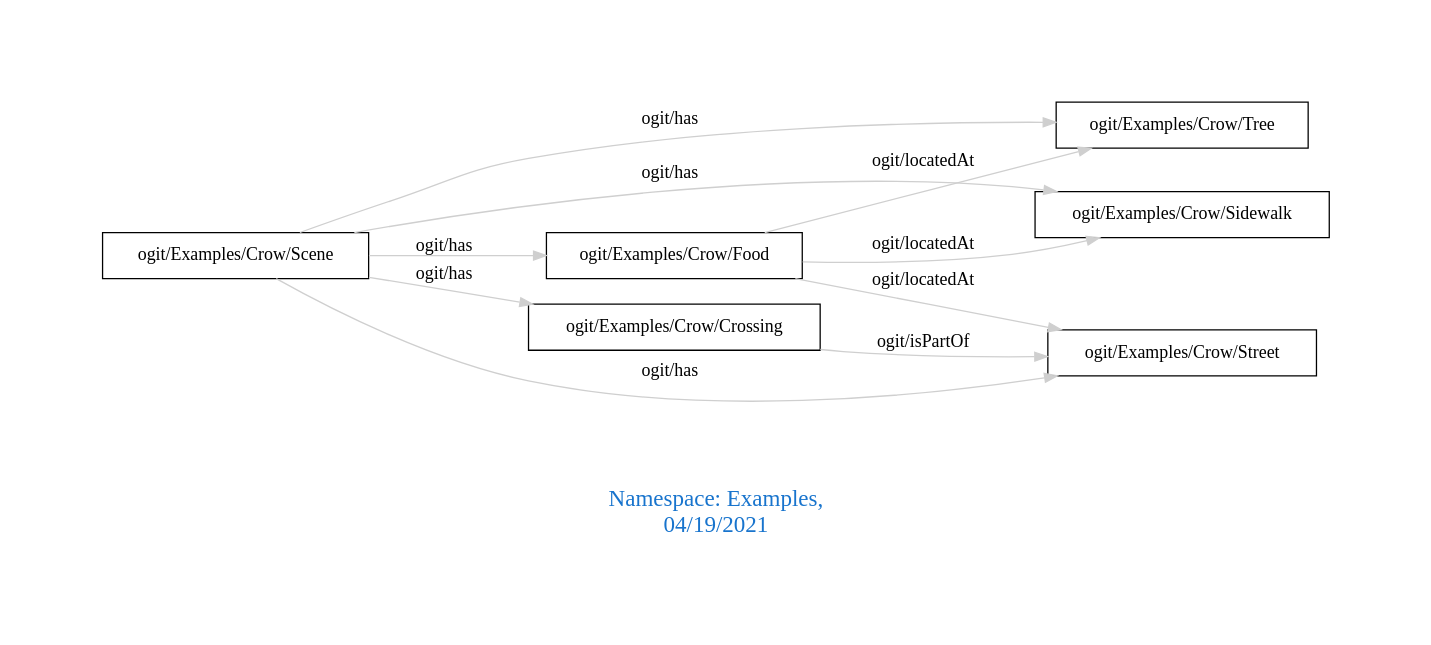
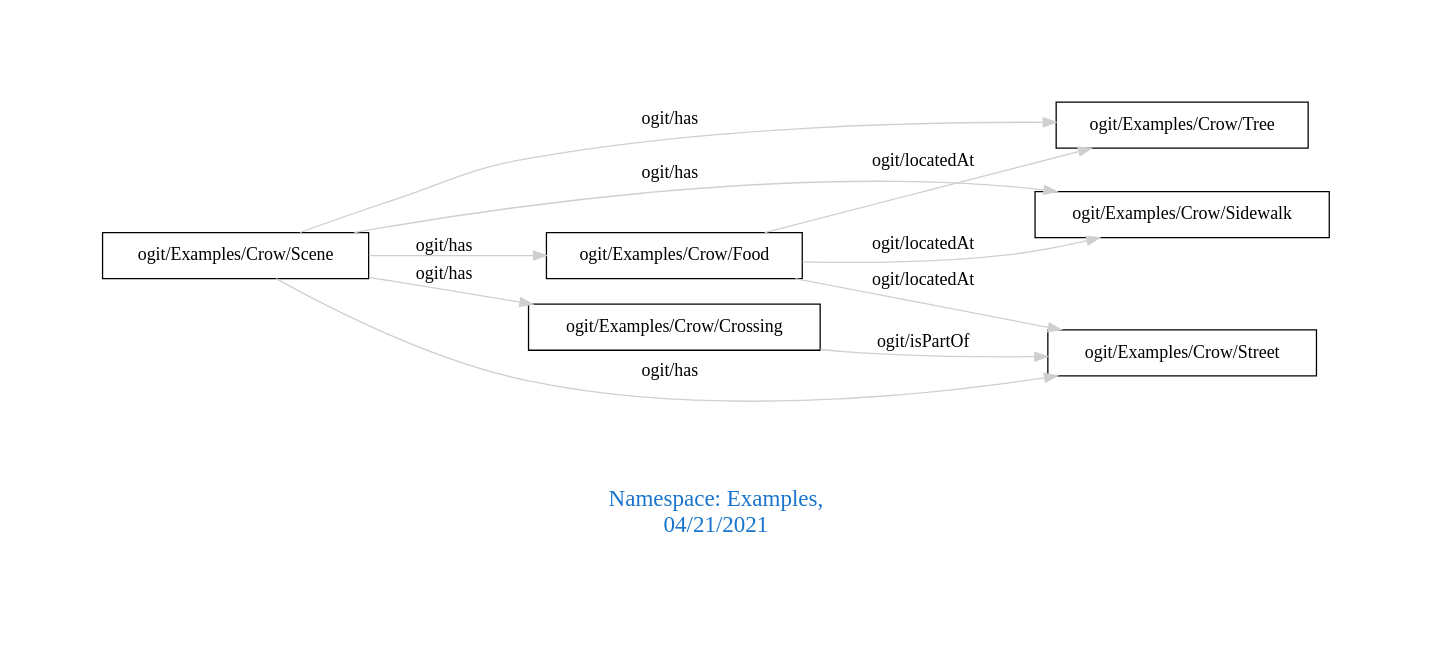
The diagram in downloads/Examples.dot (arago/OGIT), drawn with Graphviz before and after one commit. The commit also changed 1868 other files, not shown here.

```diff
--- a/downloads/Examples.dot
+++ b/downloads/Examples.dot
@@ -1,17 +1,17 @@
 digraph OGIT_ontology {
  graph [ rankdir= LR,pad=1 
 fontsize = 18,
-fontcolor= dodgerblue3,label = "\n\n\nNamespace: Examples, \n 04/19/2021"];
+fontcolor= dodgerblue3,label = "\n\n\nNamespace: Examples, \n 04/21/2021"];
 node[shape=polygon];
 edge [  color="gray81"];
 
    "ogit/Examples/Crow/Food" -> "ogit/Examples/Crow/Tree" [label="   ogit/locatedAt    "];
    "ogit/Examples/Crow/Food" -> "ogit/Examples/Crow/Street" [label="   ogit/locatedAt    "];
    "ogit/Examples/Crow/Food" -> "ogit/Examples/Crow/Sidewalk" [label="   ogit/locatedAt    "];
    "ogit/Examples/Crow/Scene" -> "ogit/Examples/Crow/Food" [label="   ogit/has    "];
    "ogit/Examples/Crow/Scene" -> "ogit/Examples/Crow/Tree" [label="   ogit/has    "];
    "ogit/Examples/Crow/Scene" -> "ogit/Examples/Crow/Street" [label="   ogit/has    "];
    "ogit/Examples/Crow/Scene" -> "ogit/Examples/Crow/Crossing" [label="   ogit/has    "];
    "ogit/Examples/Crow/Scene" -> "ogit/Examples/Crow/Sidewalk" [label="   ogit/has    "];
    "ogit/Examples/Crow/Crossing" -> "ogit/Examples/Crow/Street" [label="   ogit/isPartOf    "];
 }
```
